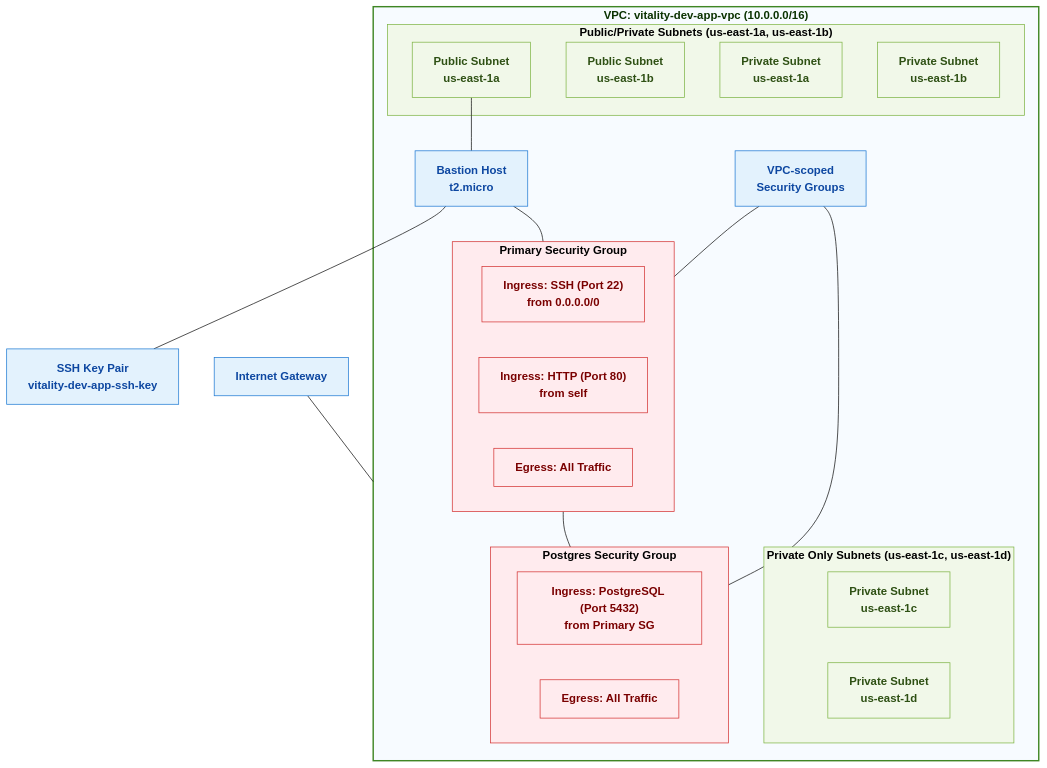
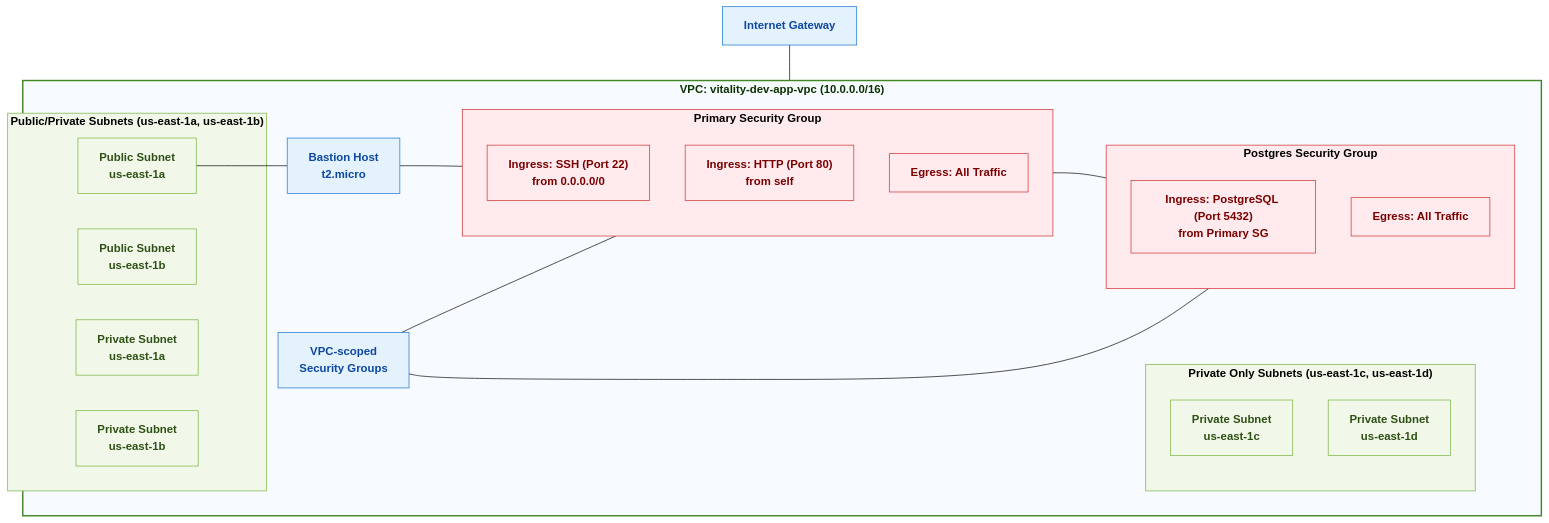
Before and after one commit to christine-malloy/case-study-vitality: the diagram in arch/network/network_architecture.md, drawn with Mermaid (base theme). The commit also changed other lines of this file, not shown here.

Commit message:
network uml

````diff
--- a/arch/network/network_architecture.md
+++ b/arch/network/network_architecture.md
@@ -5,64 +5,62 @@
 ```mermaid
 flowchart TB
     %% Define styles
     classDef vpc fill:#F7FBFF,stroke:#3F8624,stroke-width:2px,color:#0A3200,font-weight:bold
     classDef subnet fill:#F1F8E9,stroke:#7CB342,stroke-width:1px,color:#2E5014,font-weight:bold
     classDef securityGroup fill:#FFEBEE,stroke:#D32F2F,stroke-width:1px,color:#7A0000,font-weight:bold
     classDef component fill:#E3F2FD,stroke:#1976D2,stroke-width:1px,color:#0D47A1,font-weight:bold
     classDef subgraphTitle color:#000000,font-weight:bold
 
     %% Main VPC with all components inside
     subgraph vpc["VPC: vitality-dev-app-vpc (10.0.0.0/16)"]
         %% Public/Private Subnets
         subgraph publicPrivateSubnets["Public/Private Subnets (us-east-1a, us-east-1b)"]
             publicSubnetA["Public Subnet<br>us-east-1a"]
             publicSubnetB["Public Subnet<br>us-east-1b"]
             privateSubnetA["Private Subnet<br>us-east-1a"]
             privateSubnetB["Private Subnet<br>us-east-1b"]
         end
         
         %% Private Only Subnets
         subgraph privateOnlySubnets["Private Only Subnets (us-east-1c, us-east-1d)"]
             privateSubnetC["Private Subnet<br>us-east-1c"]
             privateSubnetD["Private Subnet<br>us-east-1d"]
         end
         
         %% Security Groups - Now clearly inside the VPC
         subgraph sgPrimary["Primary Security Group"]
             sgPrimarySsh["Ingress: SSH (Port 22)<br>from 0.0.0.0/0"]
             sgPrimaryHttp["Ingress: HTTP (Port 80)<br>from self"]
             sgPrimaryEgress["Egress: All Traffic"]
         end
         
         subgraph sgPostgres["Postgres Security Group"]
             sgPostgresIngress["Ingress: PostgreSQL (Port 5432)<br>from Primary SG"]
             sgPostgresEgress["Egress: All Traffic"]
         end
         
         %% Bastion Host
         bastion["Bastion Host<br>t2.micro"]
         
         %% VPC Label to show this is a VPC resource
         vpcLabel["VPC-scoped<br>Security Groups"]
     end
     
     %% External components
     igw["Internet Gateway"]
-    keyPair["SSH Key Pair<br>vitality-dev-app-ssh-key"]
     
     %% Connections
     igw --- vpc
     publicSubnetA --- bastion
     bastion --- sgPrimary
     sgPrimary --- sgPostgres
-    bastion --- keyPair
     vpcLabel --- sgPrimary
     vpcLabel --- sgPostgres
     
     %% Apply Classes
     class vpc vpc
     class publicPrivateSubnets,privateOnlySubnets,publicSubnetA,publicSubnetB,privateSubnetA,privateSubnetB,privateSubnetC,privateSubnetD subnet
     class sgPrimary,sgPostgres,sgPrimarySsh,sgPrimaryHttp,sgPrimaryEgress,sgPostgresIngress,sgPostgresEgress securityGroup
-    class bastion,igw,keyPair,vpcLabel component
+    class bastion,igw,vpcLabel component
     class publicPrivateSubnets,privateOnlySubnets,sgPrimary,sgPostgres subgraphTitle
 ```
````
